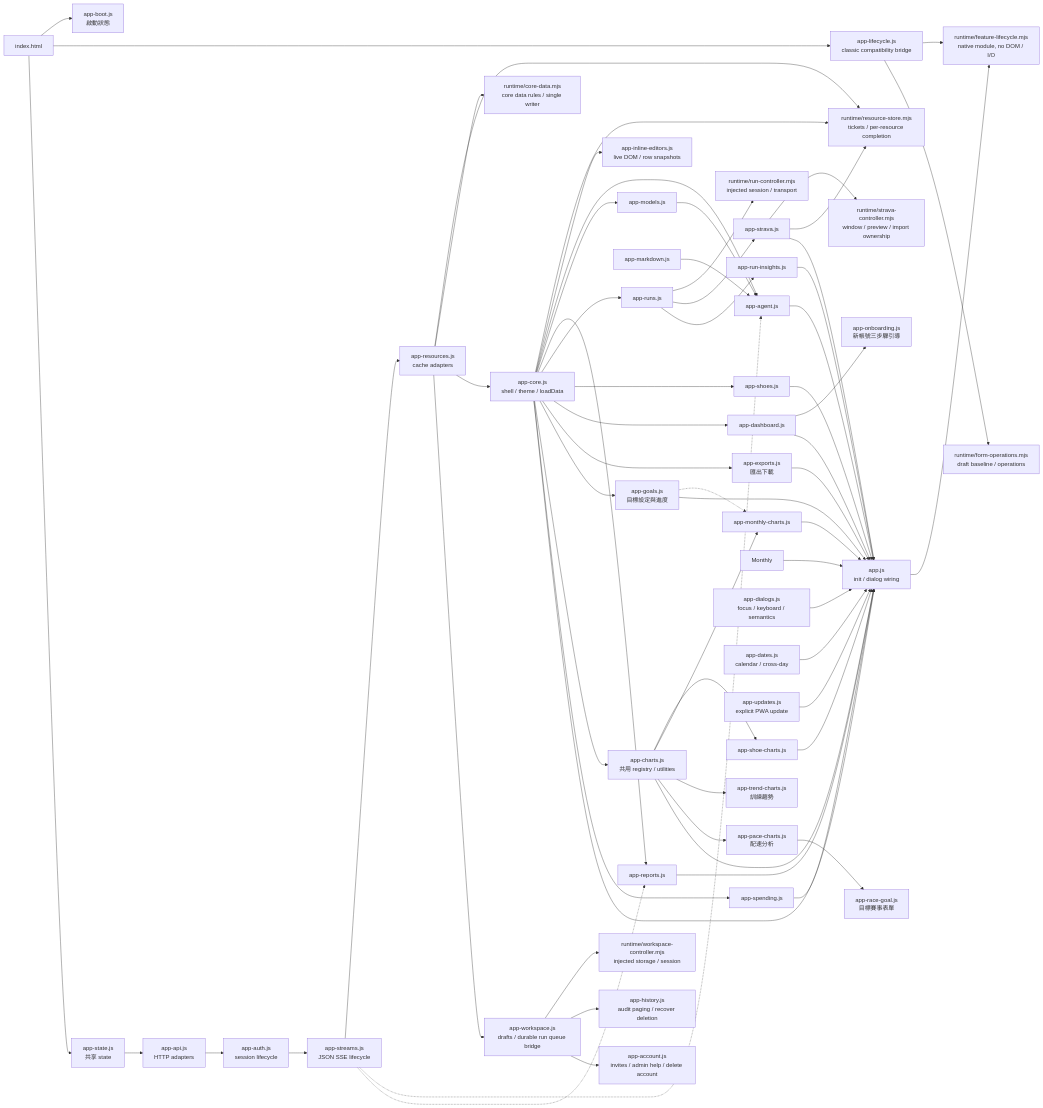
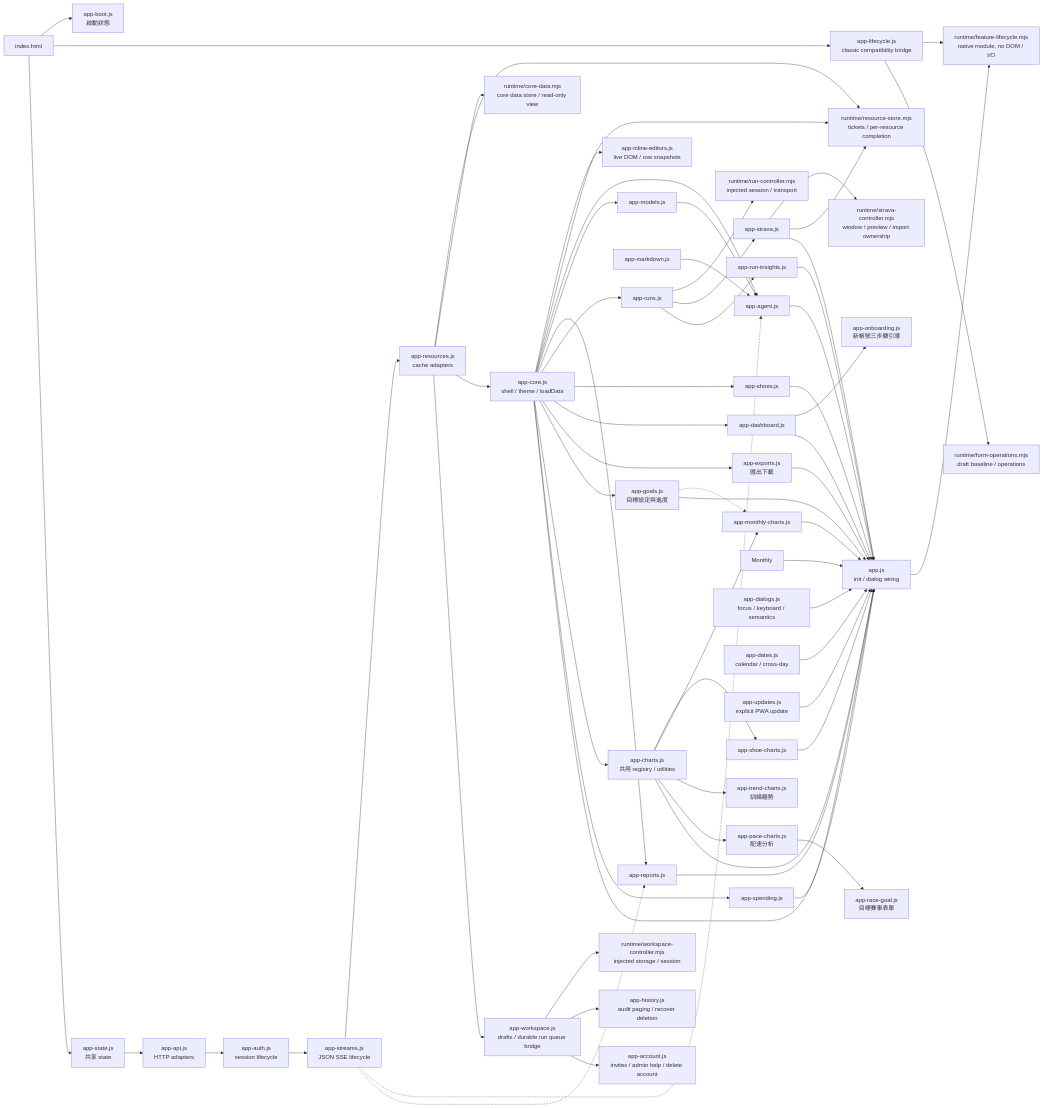
The sixth of 15 diagrams in docs/architecture.md (Teng91/running-shoes), drawn with Mermaid before and after one commit. The commit also changed other lines of this file and 40 other files, not shown here.

First line of the commit message:
refactor: core data lives in a native store read through coreData (SPEC-095, v4.27.2)

````diff
--- a/docs/architecture.md
+++ b/docs/architecture.md
@@ -207,65 +207,65 @@
 ```mermaid
 flowchart LR
     HTML[index.html] --> Boot[app-boot.js<br/>啟動狀態]
     HTML --> Lifecycle[app-lifecycle.js<br/>classic compatibility bridge]
     Bootstrap --> Native[runtime/feature-lifecycle.mjs<br/>native module, no DOM / I/O]
     Lifecycle --> Native
     HTML --> State[app-state.js<br/>共享 state]
     State --> API[app-api.js<br/>HTTP adapters]
     API --> AuthUI[app-auth.js<br/>session lifecycle]
     AuthUI --> Streams[app-streams.js<br/>JSON SSE lifecycle]
     Streams --> Resources[app-resources.js<br/>cache adapters]
     Resources --> Store[runtime/resource-store.mjs<br/>tickets / per-resource completion]
-    Resources --> CoreData[runtime/core-data.mjs<br/>core data rules / single writer]
+    Resources --> CoreData[runtime/core-data.mjs<br/>core data store / read-only view]
     Resources --> Core[app-core.js<br/>shell / theme / loadData]
     Resources --> Workspace[app-workspace.js<br/>drafts / durable run queue bridge]
     Workspace --> WorkspaceNative[runtime/workspace-controller.mjs<br/>injected storage / session]
     Workspace --> History[app-history.js<br/>audit paging / recover deletion]
     Workspace --> Account[app-account.js<br/>invites / admin help / delete account]
     Core --> Store
     Core --> Inline[app-inline-editors.js<br/>live DOM / row snapshots]
     Lifecycle --> Forms[runtime/form-operations.mjs<br/>draft baseline / operations]
     Streams -.-> AgentUI
     Streams -.-> ReportsUI
     Core --> AgentUI[app-agent.js]
     Core --> ModelsUI[app-models.js]
     ModelsUI --> AgentUI
     MarkdownUI[app-markdown.js] --> AgentUI
     Core --> ReportsUI[app-reports.js]
     Core --> RunCRUD[app-runs.js]
     RunCRUD --> RunNative[runtime/run-controller.mjs<br/>injected session / transport]
     RunCRUD --> StravaUI[app-strava.js]
     StravaUI --> StravaNative[runtime/strava-controller.mjs<br/>window / preview / import ownership]
     StravaUI --> Store
     RunCRUD --> RunInsights[app-run-insights.js]
     Core --> ShoesUI[app-shoes.js]
     Core --> Dashboard[app-dashboard.js]
     Dashboard --> Onboarding[app-onboarding.js<br/>新帳號三步驟引導]
     Core --> ExportsUI[app-exports.js<br/>匯出下載]
     Core --> GoalsUI[app-goals.js<br/>目標設定與進度]
     Core --> Charts[app-charts.js<br/>共用 registry / utilities]
     Charts --> ShoeCharts[app-shoe-charts.js]
     Charts --> MileageCharts[app-monthly-charts.js]
     Charts --> TrendCharts[app-trend-charts.js<br/>訓練趨勢]
     Charts --> PaceCharts[app-pace-charts.js<br/>配速分析]
     PaceCharts --> RaceGoal[app-race-goal.js<br/>目標賽事表單]
     GoalsUI -.-> MileageCharts
     Core --> Spending[app-spending.js]
     Core --> Bootstrap[app.js<br/>init / dialog wiring]
     AgentUI --> Bootstrap
     ReportsUI --> Bootstrap
     StravaUI --> Bootstrap
     RunInsights --> Bootstrap
     ShoesUI --> Bootstrap
     Dashboard --> Bootstrap
     Monthly --> Bootstrap
     ExportsUI --> Bootstrap
     GoalsUI --> Bootstrap
     Charts --> Bootstrap
     ShoeCharts --> Bootstrap
     MileageCharts --> Bootstrap
     Spending --> Bootstrap
     Dialogs[app-dialogs.js<br/>focus / keyboard / semantics] --> Bootstrap
     Dates[app-dates.js<br/>calendar / cross-day] --> Bootstrap
     Updates[app-updates.js<br/>explicit PWA update] --> Bootstrap
 ```
````
